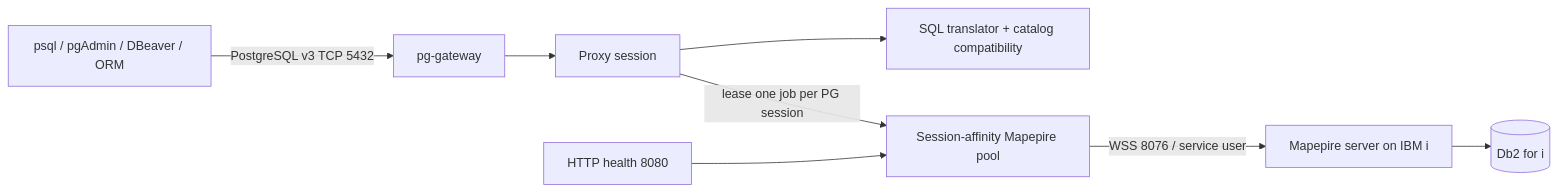
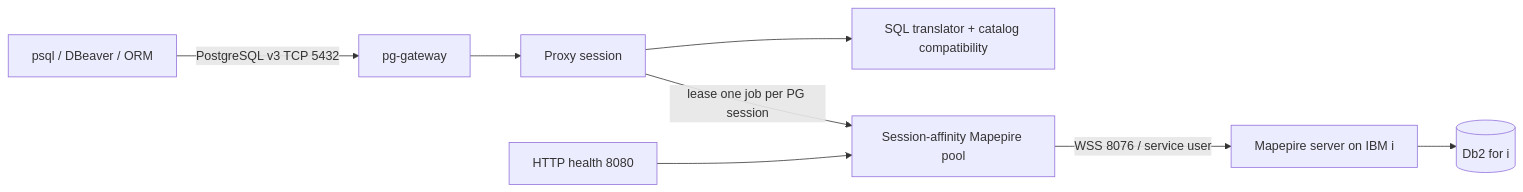
The diagram in README.md (NicolaeCh/postgres-mapepire-proxy), drawn with Mermaid before and after one commit. The commit also changed other lines of this file and 29 other files, not shown here.

Commit message:
v0.1.6 new release - pgAdmin 4 9.17 compatibility with Virtual PostgreSQL System Layer

````diff
--- a/README.md
+++ b/README.md
@@ -16,10 +16,10 @@
 ```mermaid
 flowchart LR
-  C[psql / pgAdmin / DBeaver / ORM] -->|PostgreSQL v3 TCP 5432| G[pg-gateway]
+  C[psql / DBeaver / ORM] -->|PostgreSQL v3 TCP 5432| G[pg-gateway]
   G --> S[Proxy session]
   S --> T[SQL translator + catalog compatibility]
   S -->|lease one job per PG session| P[Session-affinity Mapepire pool]
   P -->|WSS 8076 / service user| M[Mapepire server on IBM i]
   M --> D[(Db2 for i)]
   H[HTTP health 8080] --> P
 ```
````
